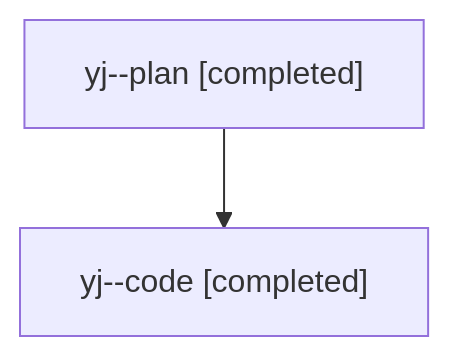
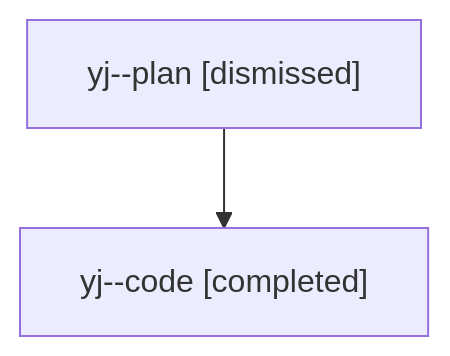
The diagram in families/bbugyi200.athena.yj.md (sase-org/sase--agents), drawn with Mermaid before and after one commit. The commit also changed other lines of this file and 1607 other files, not shown here.

````diff
--- a/families/bbugyi200.athena.yj.md
+++ b/families/bbugyi200.athena.yj.md
@@ -9,6 +9,6 @@
 ```mermaid
 flowchart TD
-  n0["yj--plan [completed]"]
+  n0["yj--plan [dismissed]"]
   n1["yj--code [completed]"]
   n0 --> n1
 ```
````
